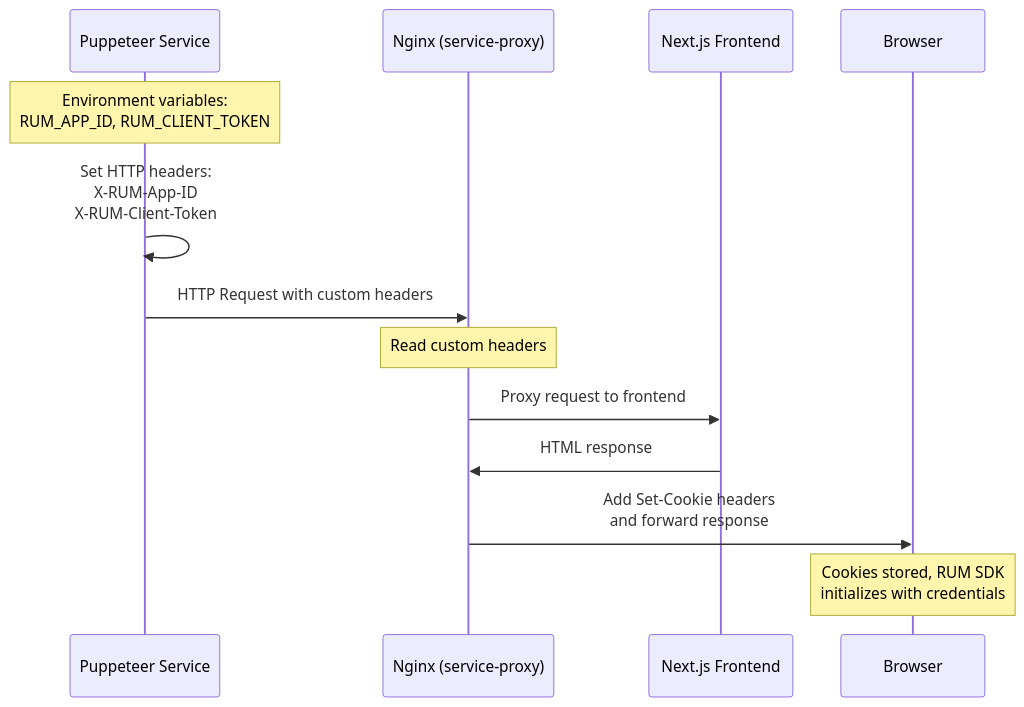
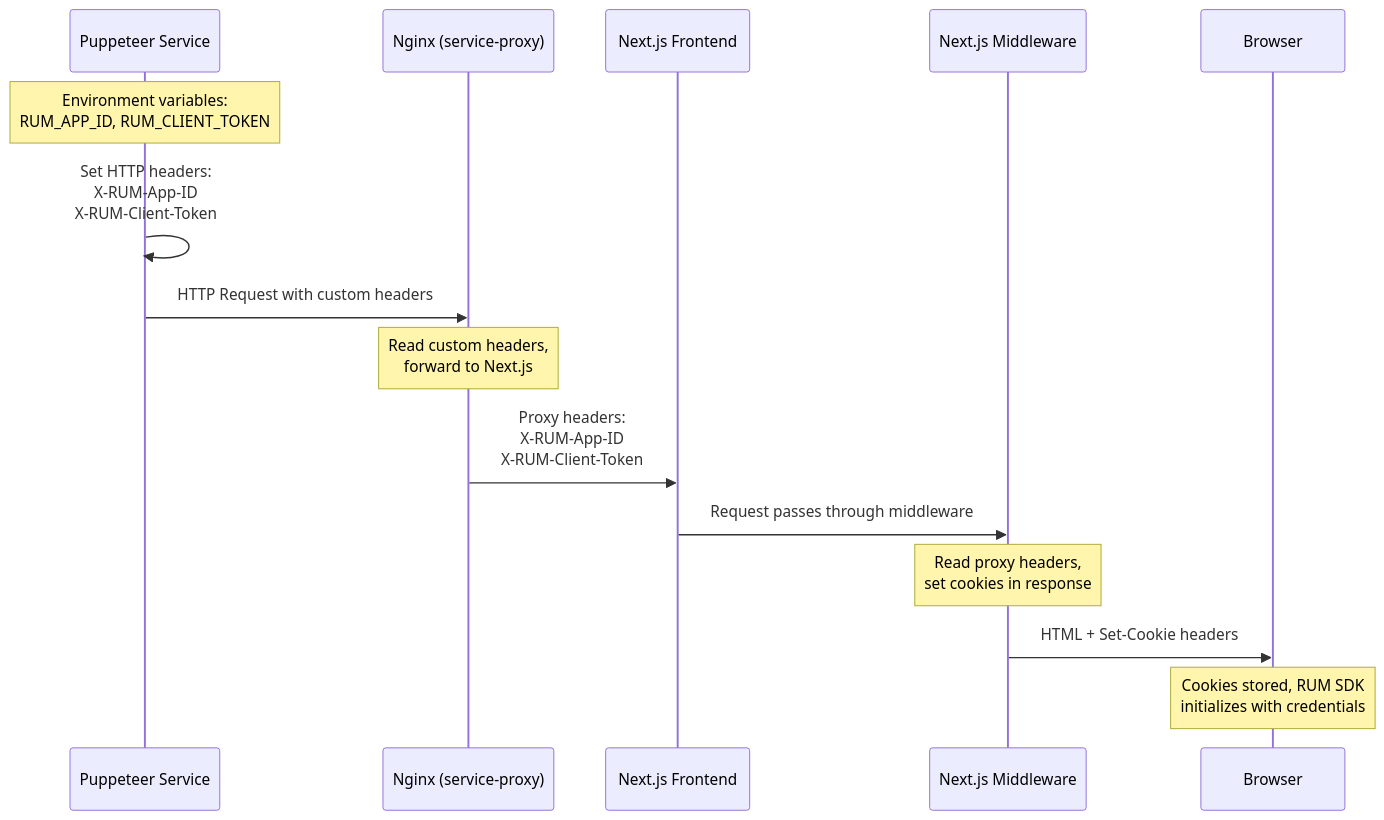
Before and after one commit to DataDog/storedog: the first of 2 diagrams in README.md, drawn with Mermaid. The commit also changed other lines of this file and 2 other files, not shown here.

First line of the commit message:
Update README files to clarify RUM credential routing and middleware functionality

````diff
--- a/README.md
+++ b/README.md
@@ -25,21 +25,24 @@
 ```mermaid
 sequenceDiagram
     participant Puppeteer as Puppeteer Service
     participant Nginx as Nginx (service-proxy)
     participant NextJS as Next.js Frontend
+    participant Middleware as Next.js Middleware
     participant Browser as Browser
 
     Note over Puppeteer: Environment variables:<br/>RUM_APP_ID, RUM_CLIENT_TOKEN
     
     Puppeteer->>Puppeteer: Set HTTP headers:<br/>X-RUM-App-ID<br/>X-RUM-Client-Token
     Puppeteer->>Nginx: HTTP Request with custom headers
     
-    Note over Nginx: Read custom headers
+    Note over Nginx: Read custom headers,<br/>forward to Next.js
     
-    Nginx->>NextJS: Proxy request to frontend
-    NextJS->>Nginx: HTML response
+    Nginx->>NextJS: Proxy headers:<br/>X-RUM-App-ID<br/>X-RUM-Client-Token
+    NextJS->>Middleware: Request passes through middleware
     
-    Nginx->>Browser: Add Set-Cookie headers<br/>and forward response
+    Note over Middleware: Read proxy headers,<br/>set cookies in response
+    
+    Middleware->>Browser: HTML + Set-Cookie headers
     
     Note over Browser: Cookies stored, RUM SDK<br/>initializes with credentials
 ```
````
